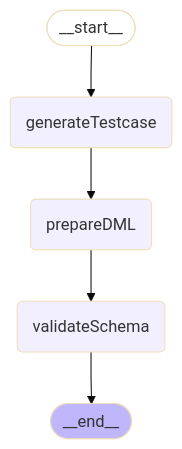
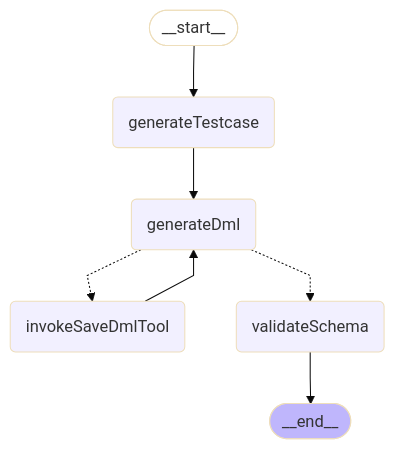
Before and after one commit to yzkee/liam: the fifth of 5 diagrams in frontend/internal-packages/agent/README.md, drawn with Mermaid (base theme). The commit also changed other lines of this file and 16 other files, not shown here.

First line of the commit message:
refactor: simplify QA agent DML generation with tool-based approach

````diff
--- a/frontend/internal-packages/agent/README.md
+++ b/frontend/internal-packages/agent/README.md
@@ -226,16 +226,19 @@
 ```mermaid
 %%{init: {'flowchart': {'curve': 'linear'}}}%%
 graph TD;
 	__start__([<p>__start__</p>]):::first
 	generateTestcase(generateTestcase)
-	prepareDML(prepareDML)
+	generateDml(generateDml)
+	invokeSaveDmlTool(invokeSaveDmlTool)
 	validateSchema(validateSchema)
 	__end__([<p>__end__</p>]):::last
 	__start__ --> generateTestcase;
-	generateTestcase --> prepareDML;
-	prepareDML --> validateSchema;
+	generateTestcase --> generateDml;
+	invokeSaveDmlTool --> generateDml;
 	validateSchema --> __end__;
+	generateDml -.-> invokeSaveDmlTool;
+	generateDml -.-> validateSchema;
 	classDef default fill:#f2f0ff,line-height:1.2;
 	classDef first fill-opacity:0;
 	classDef last fill:#bfb6fc;
 ```
````
